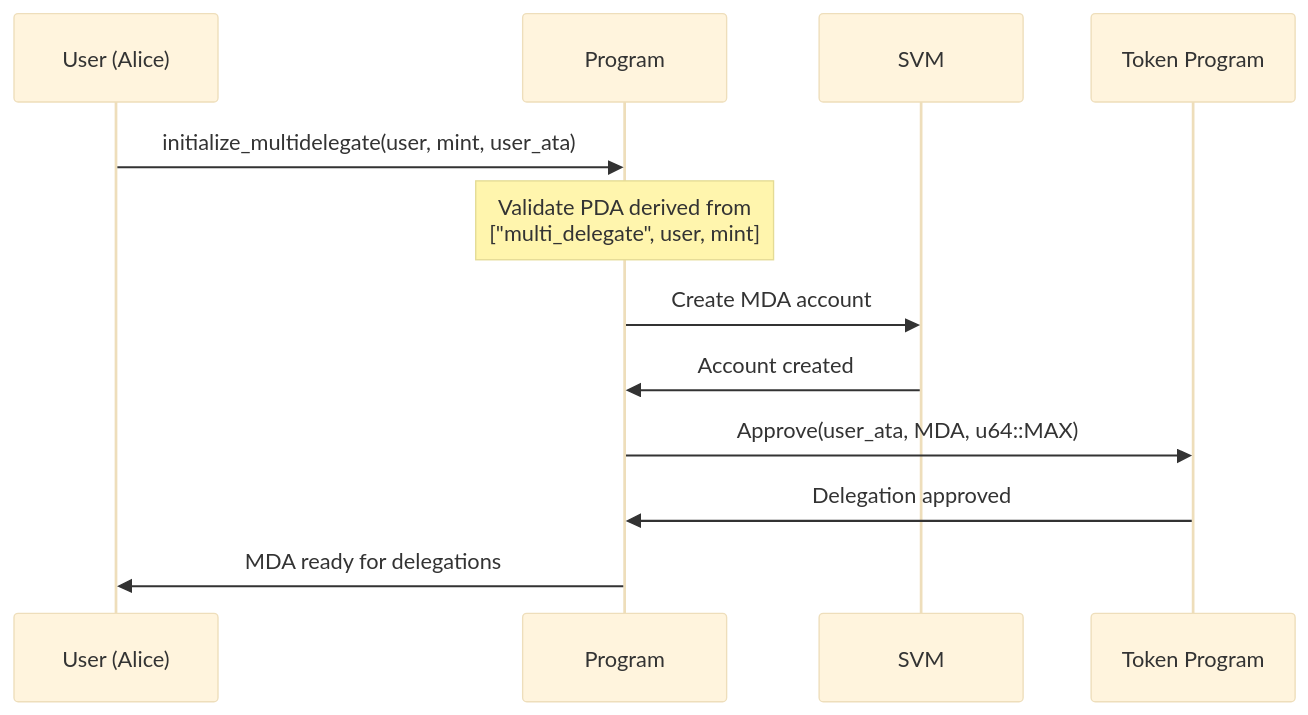
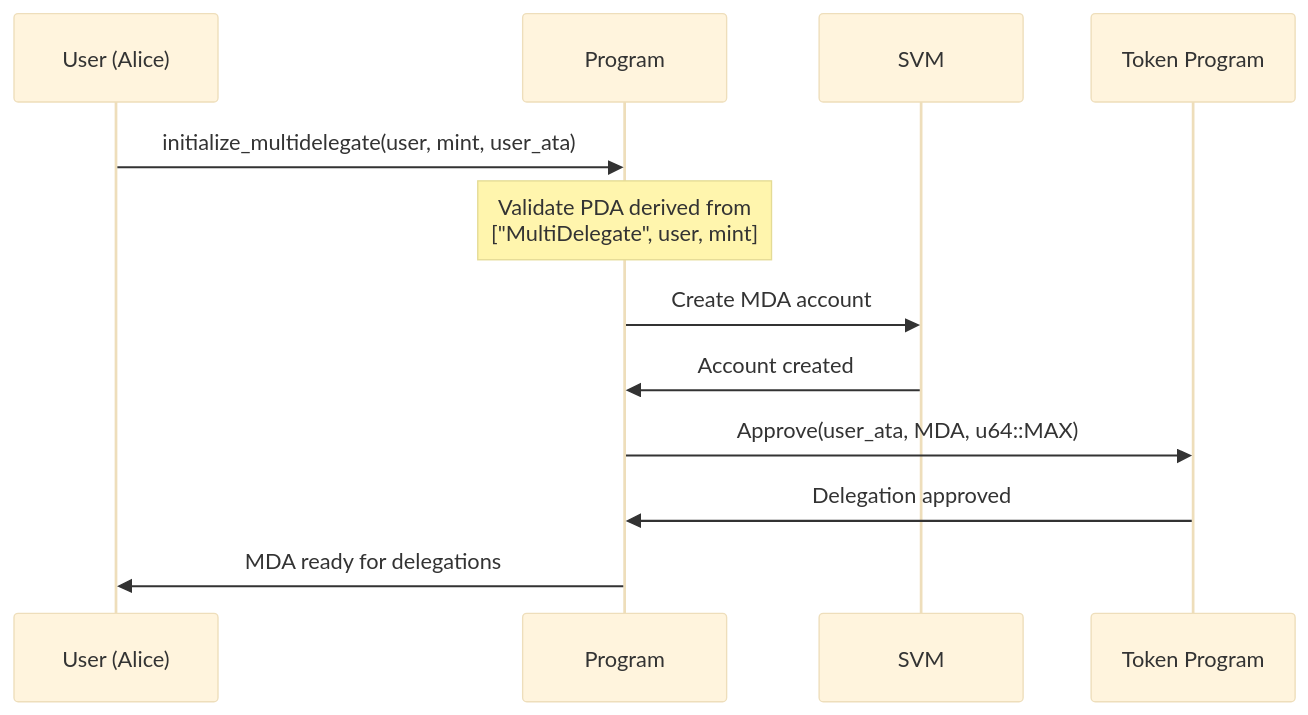
Before and after one commit to solana-program/multi-delegator: the second of 6 diagrams in docs/001-multi-delegator-architecture.md, drawn with Mermaid (base theme). The commit also changed other lines of this file and 31 other files, not shown here.

````diff
--- a/docs/001-multi-delegator-architecture.md
+++ b/docs/001-multi-delegator-architecture.md
@@ -46,17 +46,17 @@
 ```mermaid
 sequenceDiagram
     participant U as User (Alice)
     participant P as Program
     participant S as SVM
     participant T as Token Program
 
     U->>P: initialize_multidelegate(user, mint, user_ata)
-    Note over P: Validate PDA derived from<br/>["multi_delegate", user, mint]
+    Note over P: Validate PDA derived from<br/>["MultiDelegate", user, mint]
 
     P->>S: Create MDA account
     S->>P: Account created
 
     P->>T: Approve(user_ata, MDA, u64::MAX)
     T->>P: Delegation approved
     P->>U: MDA ready for delegations
 ```
````
